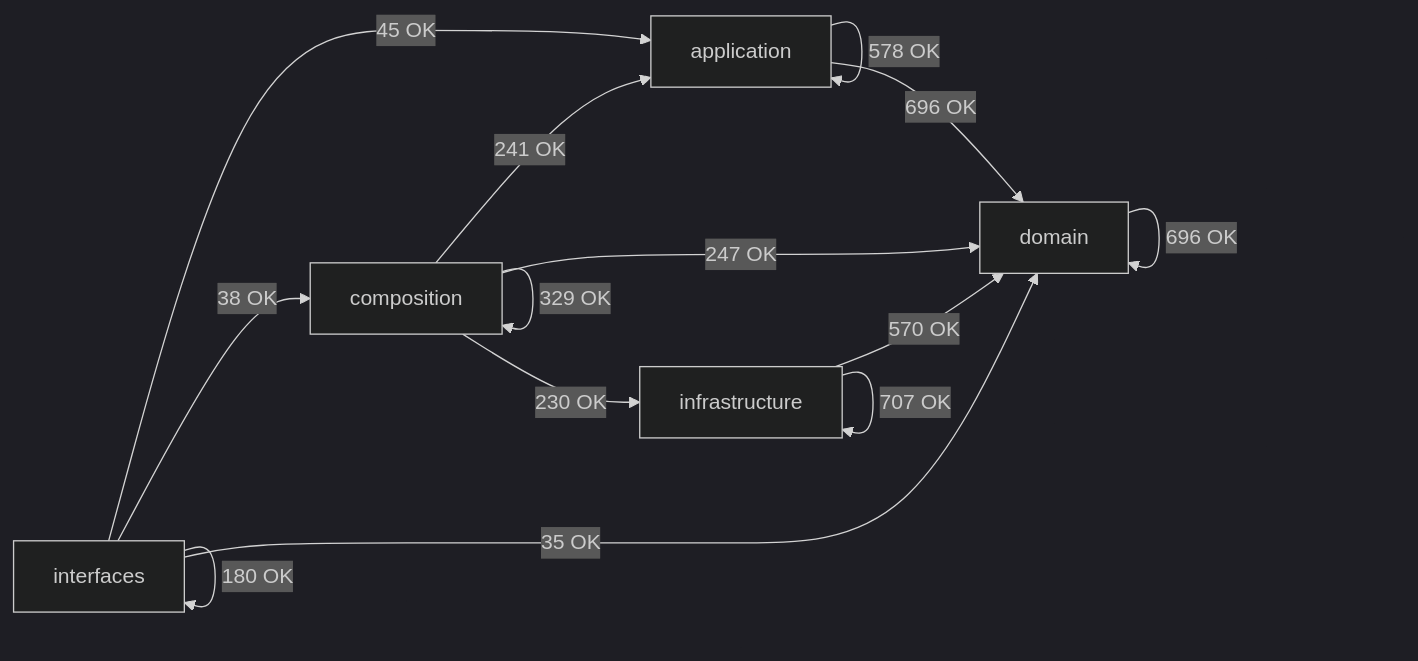
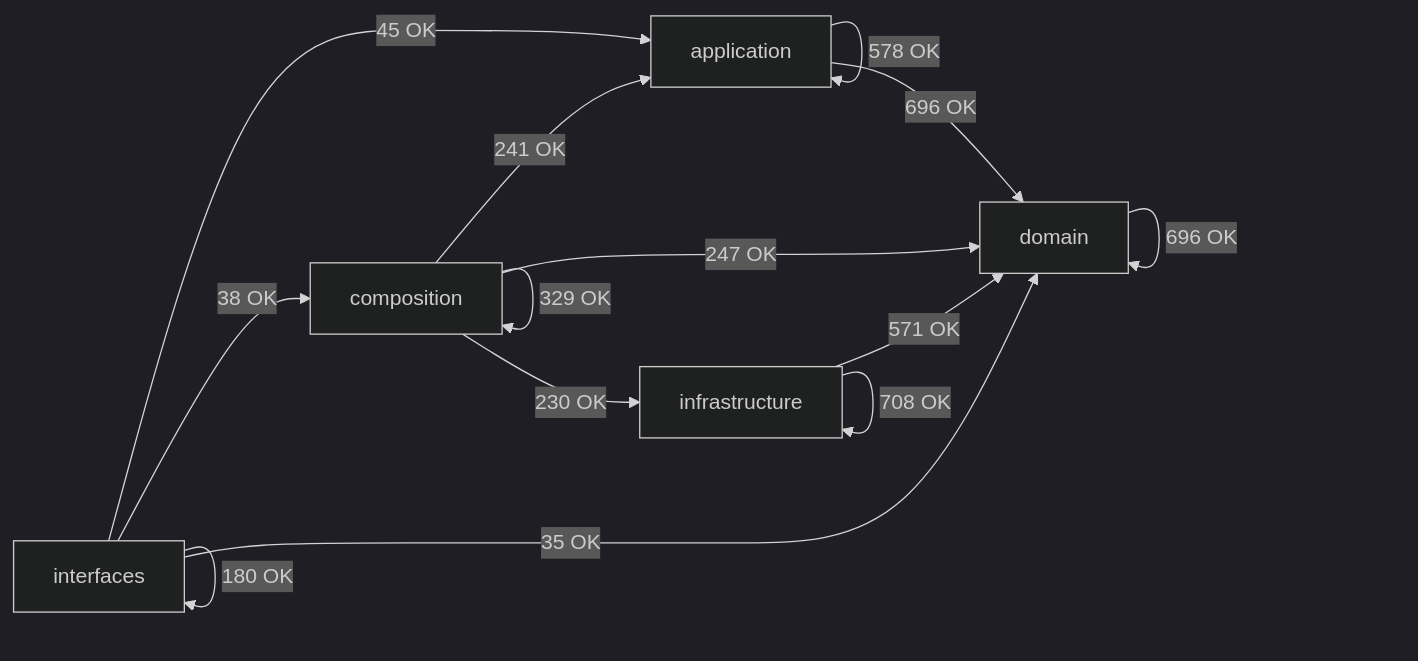
One commit to SatoryKono/BioactivityDataAcquisition changed the diagram in docs/02-architecture/generated/module-dependency-map.md. Above: the diagram before and after it, drawn with Mermaid (dark theme). The commit also changed other lines of this file and 31 other files, not shown here.

````diff
--- a/docs/02-architecture/generated/module-dependency-map.md
+++ b/docs/02-architecture/generated/module-dependency-map.md
@@ -16,21 +16,21 @@
 ```mermaid
 flowchart LR
     domain[domain]
     application[application]
     infrastructure[infrastructure]
     composition[composition]
     interfaces[interfaces]
     application -->|578 OK| application
     application -->|696 OK| domain
     composition -->|241 OK| application
     composition -->|329 OK| composition
     composition -->|247 OK| domain
     composition -->|230 OK| infrastructure
     domain -->|696 OK| domain
-    infrastructure -->|570 OK| domain
-    infrastructure -->|707 OK| infrastructure
+    infrastructure -->|571 OK| domain
+    infrastructure -->|708 OK| infrastructure
     interfaces -->|45 OK| application
     interfaces -->|38 OK| composition
     interfaces -->|35 OK| domain
     interfaces -->|180 OK| interfaces
 ```
````
